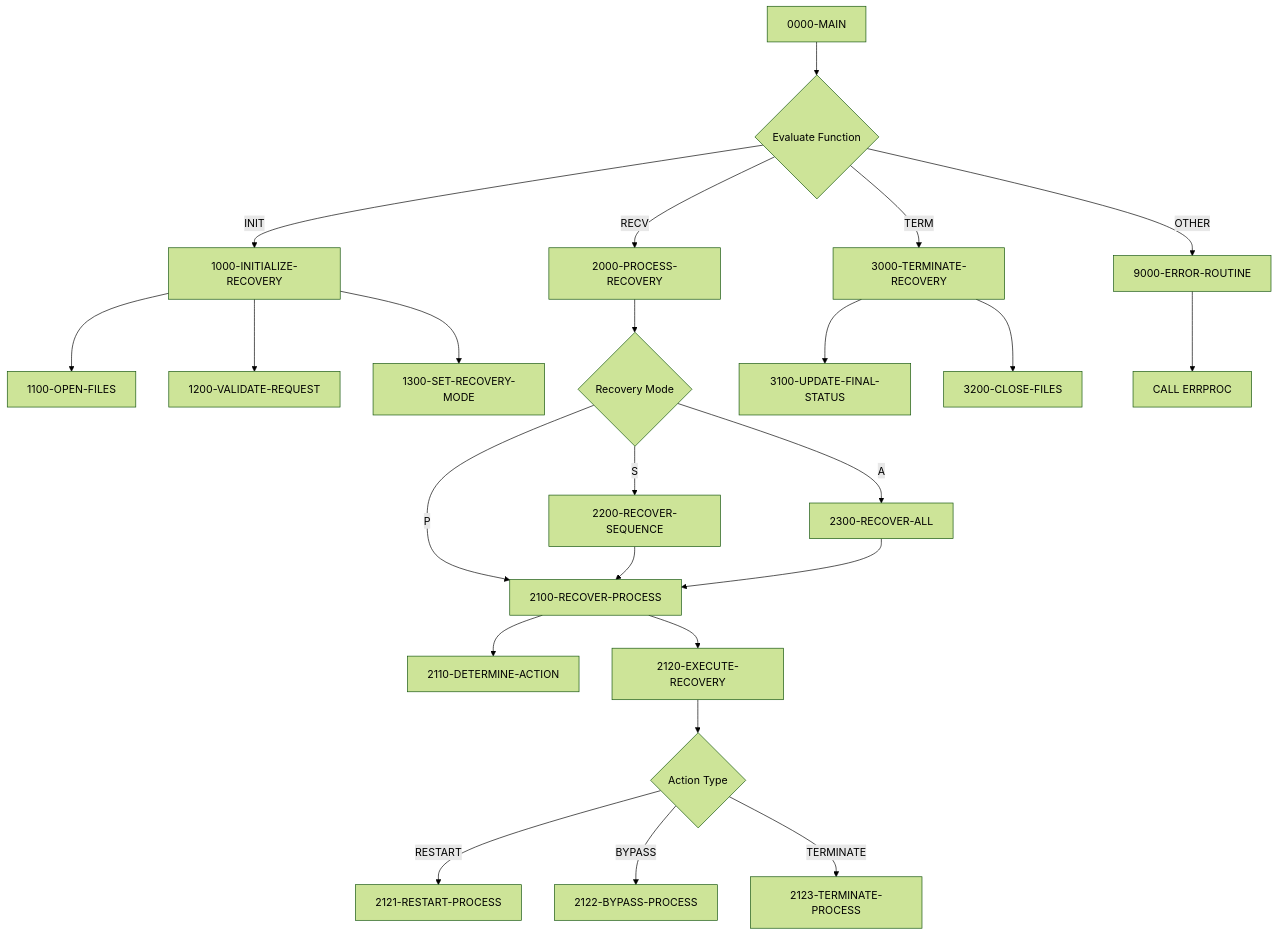
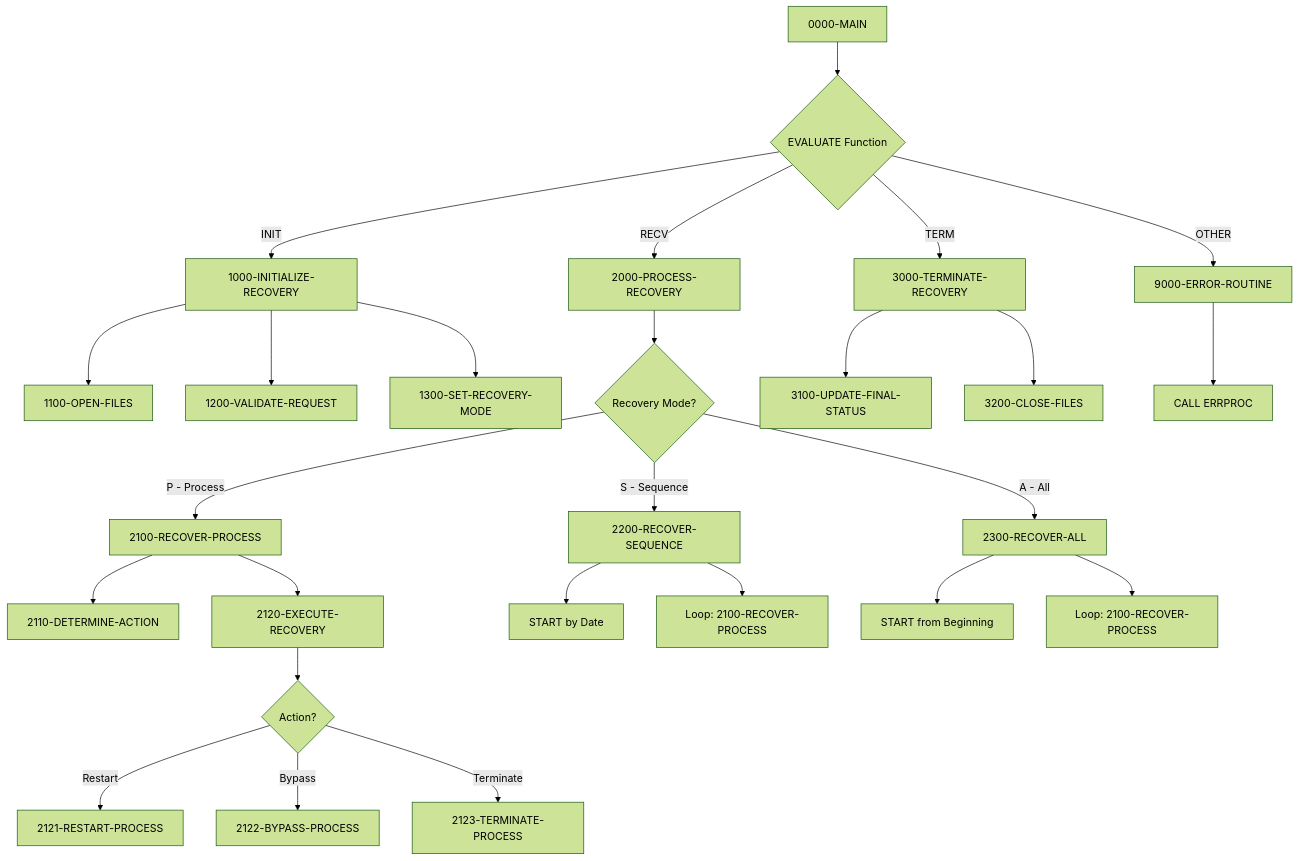
Before and after one commit to haladir-com/legacy-benchmark-docs-vb70e1: the first of 2 diagrams in docs/programs/RCVPRC00.mdx, drawn with Mermaid (forest theme). The commit also changed other lines of this file and 63 other files, not shown here.

````diff
--- a/docs/programs/RCVPRC00.mdx
+++ b/docs/programs/RCVPRC00.mdx
@@ -16,33 +16,36 @@
 ```mermaid
 graph TD
-    A[0000-MAIN] --> B{Evaluate Function}
+    A[0000-MAIN] --> B{EVALUATE Function}
     B -->|INIT| C[1000-INITIALIZE-RECOVERY]
     B -->|RECV| D[2000-PROCESS-RECOVERY]
     B -->|TERM| E[3000-TERMINATE-RECOVERY]
     B -->|OTHER| F[9000-ERROR-ROUTINE]
     
     C --> C1[1100-OPEN-FILES]
     C --> C2[1200-VALIDATE-REQUEST]
     C --> C3[1300-SET-RECOVERY-MODE]
     
-    D --> G{Recovery Mode}
-    G -->|P| H[2100-RECOVER-PROCESS]
-    G -->|S| I[2200-RECOVER-SEQUENCE]
-    G -->|A| J[2300-RECOVER-ALL]
+    D --> D1{Recovery Mode?}
+    D1 -->|P - Process| D2[2100-RECOVER-PROCESS]
+    D1 -->|S - Sequence| D3[2200-RECOVER-SEQUENCE]
+    D1 -->|A - All| D4[2300-RECOVER-ALL]
     
-    H --> H1[2110-DETERMINE-ACTION]
-    H --> H2[2120-EXECUTE-RECOVERY]
+    D2 --> D2A[2110-DETERMINE-ACTION]
+    D2 --> D2B[2120-EXECUTE-RECOVERY]
     
-    H2 --> K{Action Type}
-    K -->|RESTART| L[2121-RESTART-PROCESS]
-    K -->|BYPASS| M[2122-BYPASS-PROCESS]
-    K -->|TERMINATE| N[2123-TERMINATE-PROCESS]
+    D2B --> D2B1{Action?}
+    D2B1 -->|Restart| D2B2[2121-RESTART-PROCESS]
+    D2B1 -->|Bypass| D2B3[2122-BYPASS-PROCESS]
+    D2B1 -->|Terminate| D2B4[2123-TERMINATE-PROCESS]
     
-    I --> H
-    J --> H
+    D3 --> D3A[START by Date]
+    D3 --> D3B[Loop: 2100-RECOVER-PROCESS]
+    
+    D4 --> D4A[START from Beginning]
+    D4 --> D4B[Loop: 2100-RECOVER-PROCESS]
     
     E --> E1[3100-UPDATE-FINAL-STATUS]
     E --> E2[3200-CLOSE-FILES]
     
-    F --> O[CALL ERRPROC]
+    F --> G[CALL ERRPROC]
 ```
````
